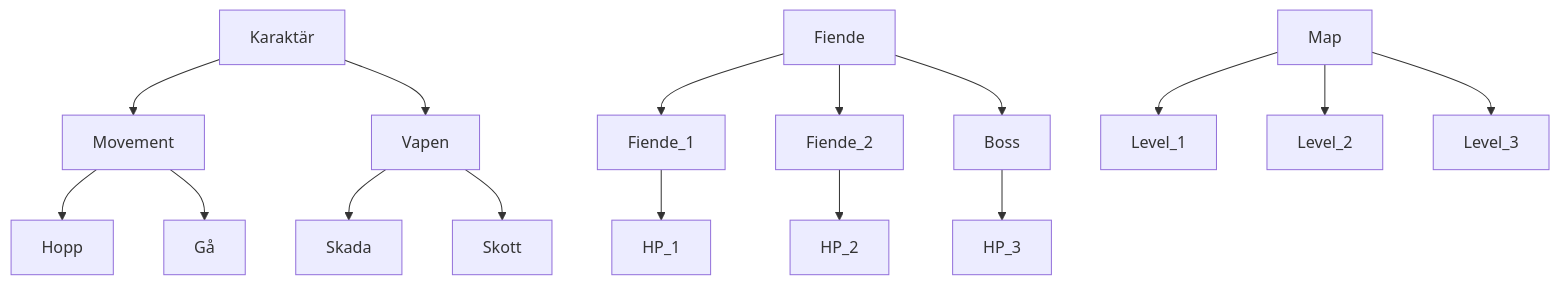
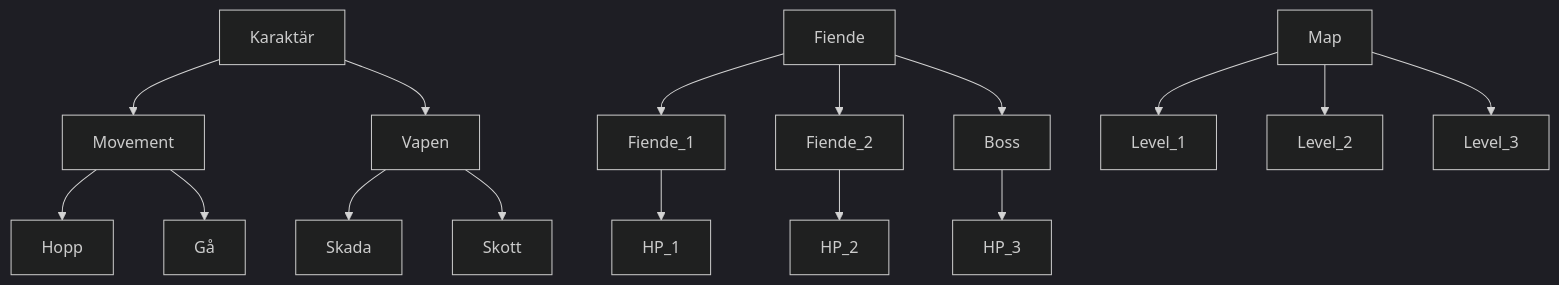
The diagram in Dokumentation/Start.mmd (WilleGyr/Project-Intro-Ingenjorsarbete), drawn with Mermaid before and after one commit.

```diff
--- a/Dokumentation/Start.mmd
+++ b/Dokumentation/Start.mmd
@@ -1,24 +1,25 @@
+%%{init: {'theme':'dark'}}%%
 graph TD
 
 Karaktär --> Movement
 Karaktär --> Vapen
 
 Vapen --> Skada
 Vapen --> Skott
 
 Movement --> Hopp
 Movement --> Gå
 
 Fiende --> Fiende_1
 Fiende --> Fiende_2
 Fiende --> Boss
 
 Fiende_1 --> HP_1
 
 Fiende_2 --> HP_2
 
 Boss --> HP_3
 
 Map --> Level_1
 Map --> Level_2
 Map --> Level_3
```
